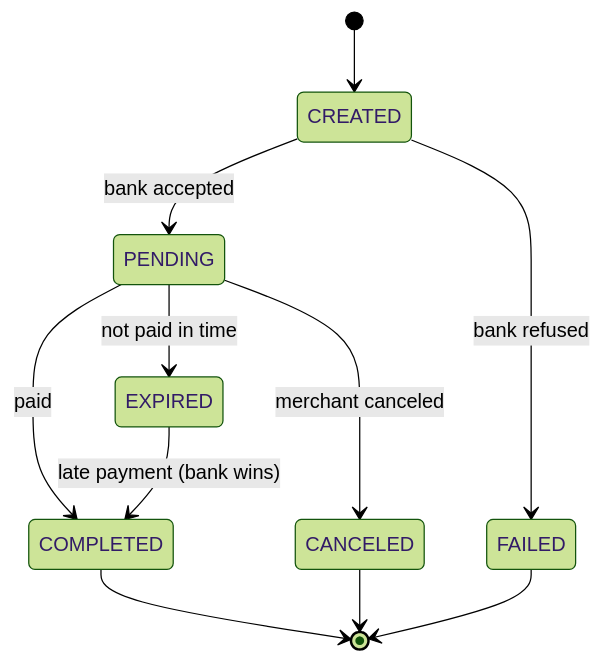
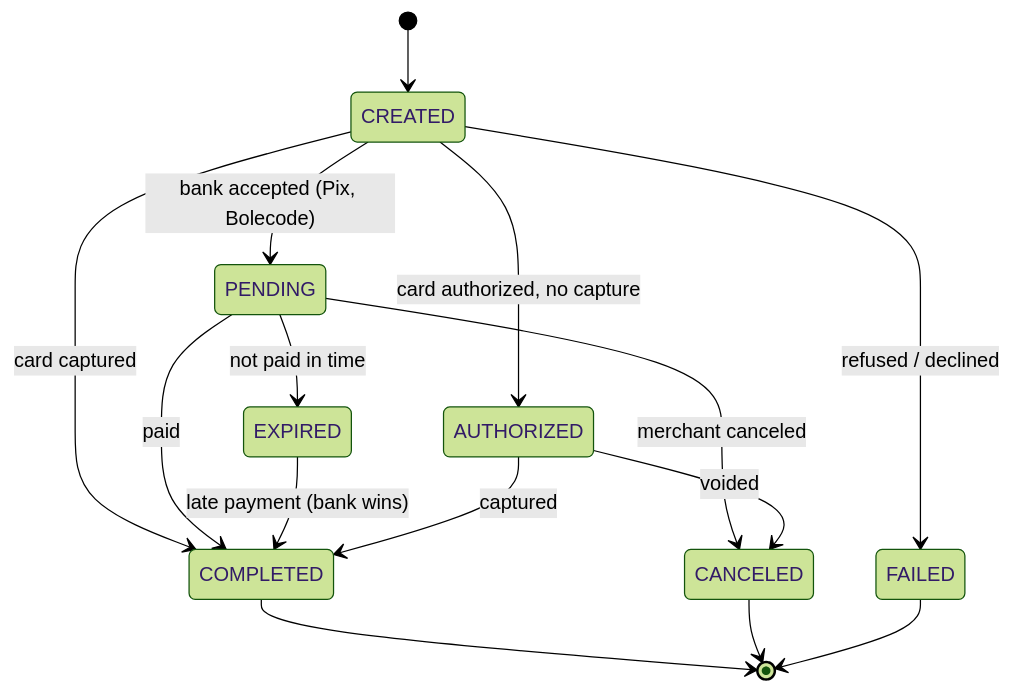
Before and after one commit to leonardolermen/payment-gateway: the diagram in docs/diagrams/payment-states.mmd, drawn with Mermaid (forest theme). The commit also changed 14 other files, not shown here.

Commit message:
docs: architecture, diagrams and README catch up with billing, card and webhook deliveries

```diff
--- a/docs/diagrams/payment-states.mmd
+++ b/docs/diagrams/payment-states.mmd
@@ -1,11 +1,15 @@
 stateDiagram-v2
   [*] --> CREATED
-  CREATED --> PENDING: bank accepted
-  CREATED --> FAILED: bank refused
+  CREATED --> PENDING: bank accepted (Pix, Bolecode)
+  CREATED --> AUTHORIZED: card authorized, no capture
+  CREATED --> COMPLETED: card captured
+  CREATED --> FAILED: refused / declined
   PENDING --> COMPLETED: paid
   PENDING --> EXPIRED: not paid in time
   PENDING --> CANCELED: merchant canceled
   EXPIRED --> COMPLETED: late payment (bank wins)
+  AUTHORIZED --> COMPLETED: captured
+  AUTHORIZED --> CANCELED: voided
   COMPLETED --> [*]
   CANCELED --> [*]
   FAILED --> [*]
```
